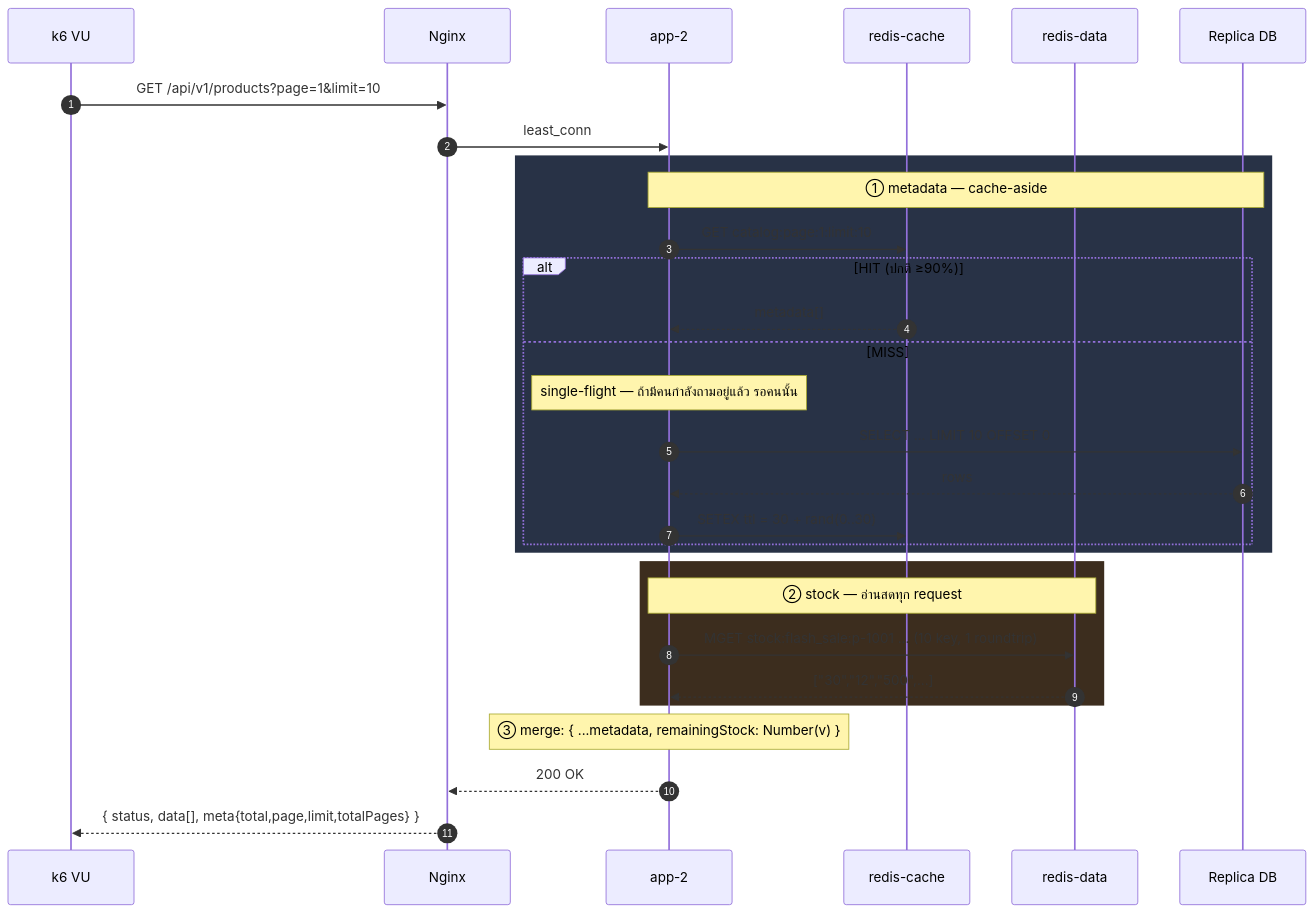
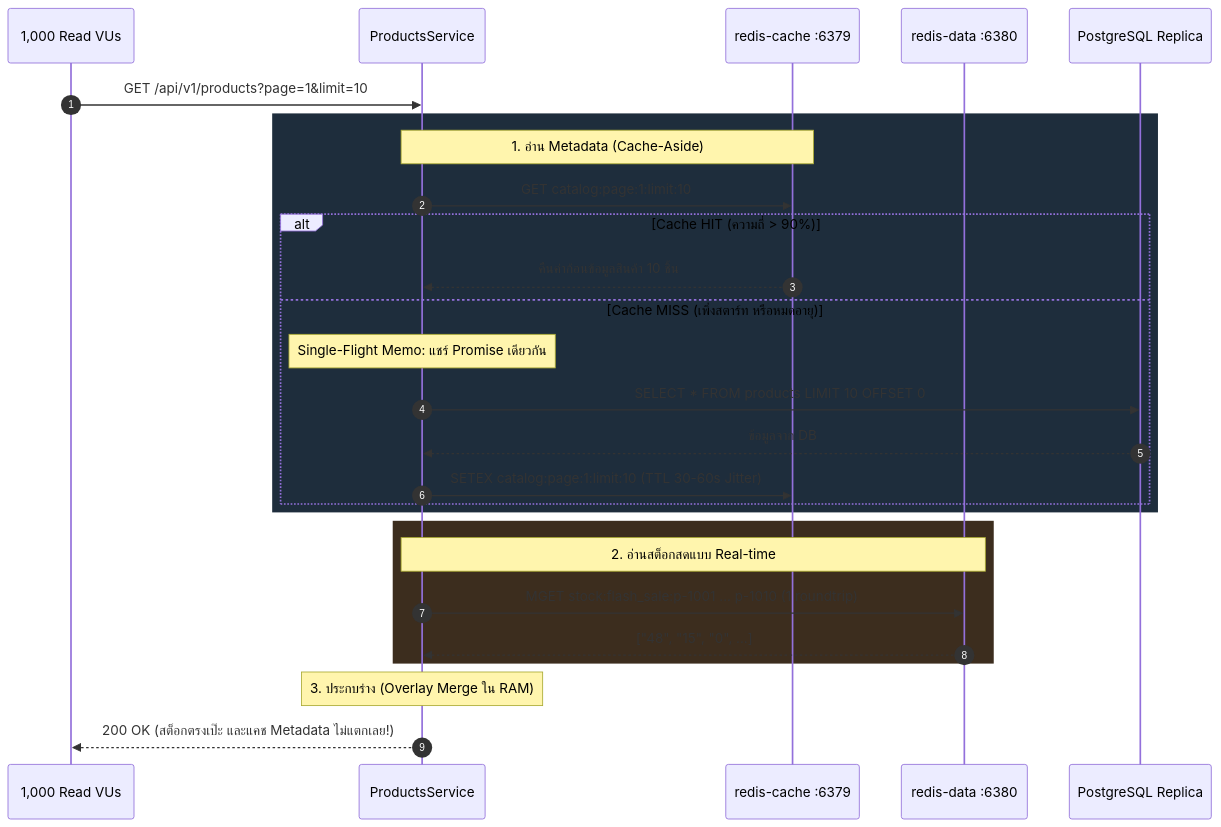
Before and after one commit to tophbeifong123/mini-project-backend-mobile: the third of 6 diagrams in docs/Architecture/architecture-primer.md, drawn with Mermaid. The commit also changed other lines of this file and 3 other files, not shown here.

First line of the commit message:
docs(architecture): add primer and deep dive concurrency locking and cache invalidation

````diff
--- a/docs/Architecture/architecture-primer.md
+++ b/docs/Architecture/architecture-primer.md
@@ -474,36 +397,33 @@
 ```mermaid
 sequenceDiagram
     autonumber
-    participant VU as k6 VU
-    participant N as Nginx
-    participant A as app-2
-    participant RC as redis-cache
-    participant RD as redis-data
-    participant DB as Replica DB
+    participant VU as 1,000 Read VUs
+    participant Nest as ProductsService
+    participant RC as redis-cache :6379
+    participant RD as redis-data :6380
+    participant DB as PostgreSQL Replica
 
-    VU->>N: GET /api/v1/products?page=1&limit=10
-    N->>A: least_conn
+    VU->>Nest: GET /api/v1/products?page=1&limit=10
 
-    rect rgb(40,50,70)
-    Note over A,DB: ① metadata — cache-aside
-    A->>RC: GET catalog:page:1:limit:10
-    alt HIT (ปกติ ≥90%)
-        RC-->>A: metadata[]
-    else MISS
-        Note over A: single-flight — ถ้ามีคนกำลังถามอยู่แล้ว รอคนนั้น
-        A->>DB: SELECT ... LIMIT 10 OFFSET 0
-        DB-->>A: rows
-        A->>RC: SETEX ttl = 30 + rand(0..30)
+    rect rgb(30, 45, 60)
+    Note over Nest,RC: 1. อ่าน Metadata (Cache-Aside)
+    Nest->>RC: GET catalog:page:1:limit:10
+    alt Cache HIT (ความถี่ > 90%)
+        RC-->>Nest: คืนค่าก้อนข้อมูลสินค้า 10 ชิ้น
+    else Cache MISS (เพิ่งสตาร์ท หรือหมดอายุ)
+        Note over Nest: Single-Flight Memo: แชร์ Promise เดียวกัน
+        Nest->>DB: SELECT * FROM products LIMIT 10 OFFSET 0
+        DB-->>Nest: ข้อมูลจาก DB
+        Nest->>RC: SETEX catalog:page:1:limit:10 (TTL 30-60s Jitter)
     end
     end
 
-    rect rgb(60,45,30)
-    Note over A,RD: ② stock — อ่านสดทุก request
-    A->>RD: MGET stock:flash_sale:p-1001 ... (10 key, 1 roundtrip)
-    RD-->>A: ["30","12","500",...]
+    rect rgb(60, 45, 30)
+    Note over Nest,RD: 2. อ่านสต็อกสดแบบ Real-time
+    Nest->>RD: MGET stock:flash_sale:p-1001 ... p-1010 (1 roundtrip)
+    RD-->>Nest: ["48", "15", "0", ...]
     end
 
-    Note over A: ③ merge: { ...metadata, remainingStock: Number(v) }
-    A-->>N: 200 OK
-    N-->>VU: { status, data[], meta{total,page,limit,totalPages} }
+    Note over Nest: 3. ประกบร่าง (Overlay Merge ใน RAM)
+    Nest-->>VU: 200 OK (สต็อกตรงเป๊ะ และแคช Metadata ไม่แตกเลย!)
 ```
````
